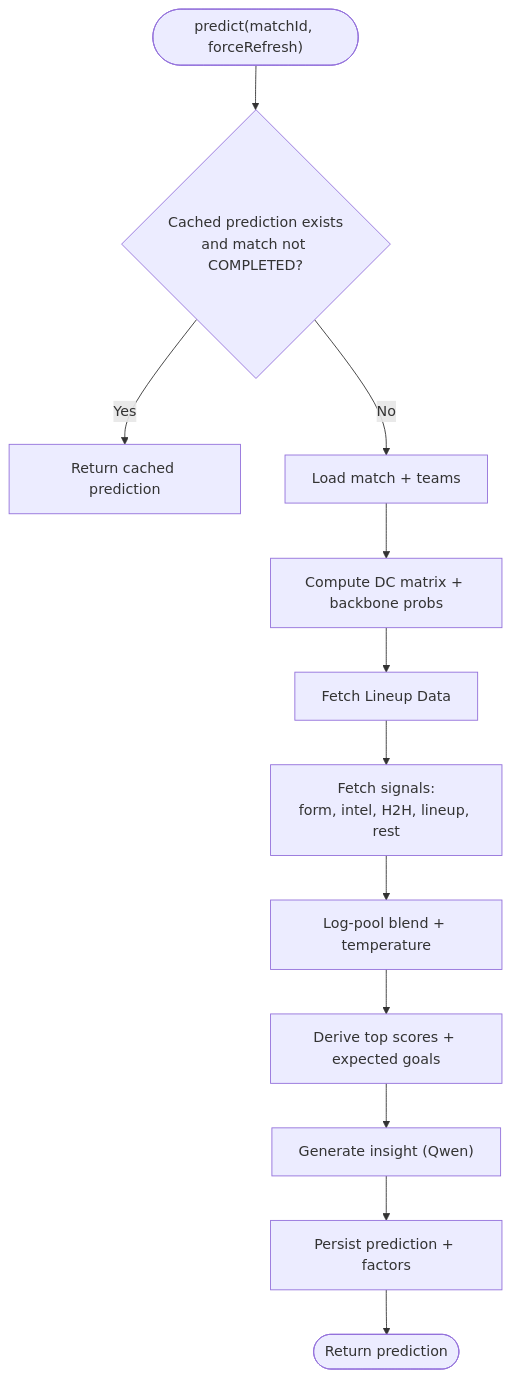
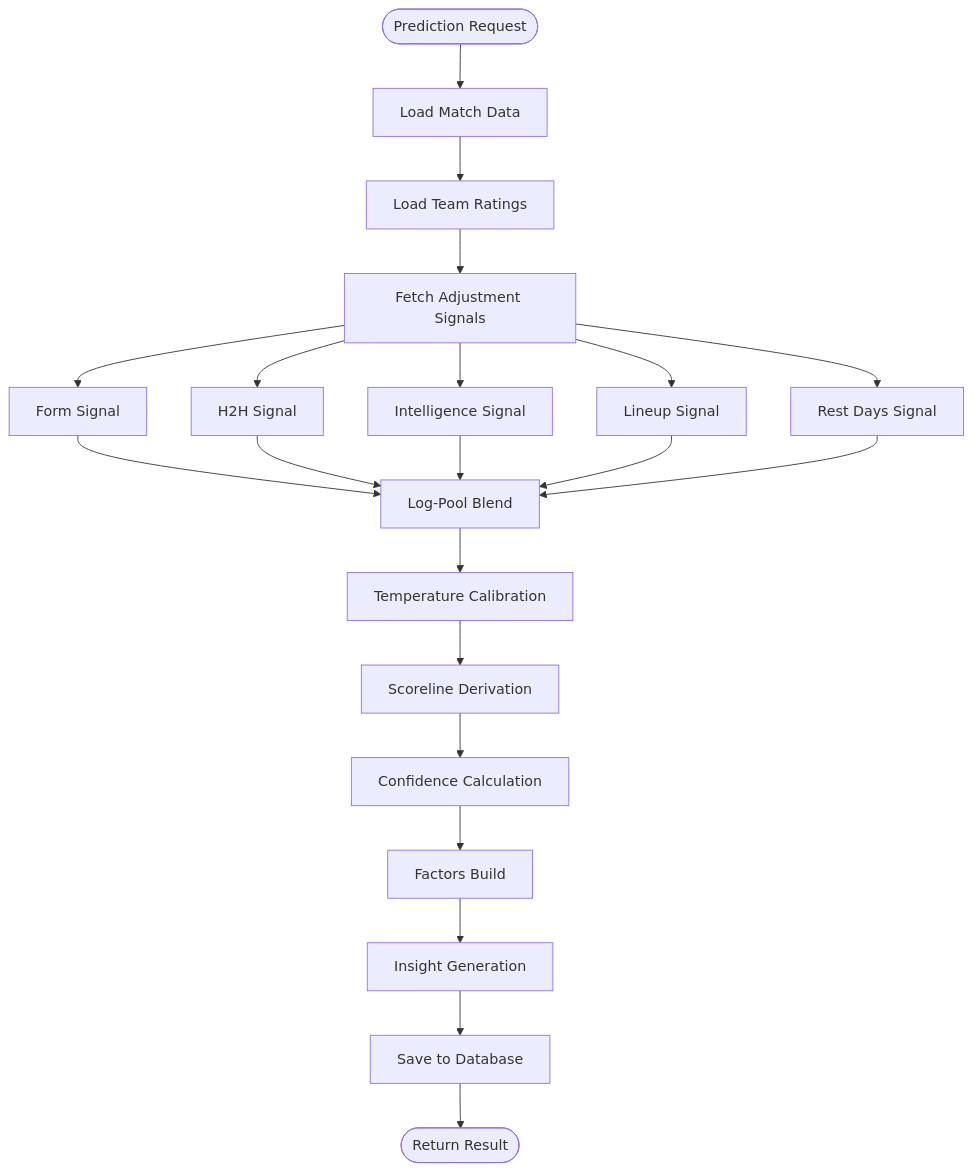
Before and after one commit to cheesiong/WC26-qwen: the third of 10 diagrams in .qoder/repowiki/en/content/System Architecture/Backend Architecture.md, drawn with Mermaid. The commit also changed other lines of this file and 181 other files, not shown here.

````diff
--- a/.qoder/repowiki/en/content/System Architecture/Backend Architecture.md
+++ b/.qoder/repowiki/en/content/System Architecture/Backend Architecture.md
@@ -258,14 +169,23 @@
 ```mermaid
 flowchart TD
-Entry(["predict(matchId, forceRefresh)"]) --> CacheCheck{"Cached prediction exists<br/>and match not COMPLETED?"}
-CacheCheck --> |Yes| ReturnCache["Return cached prediction"]
-CacheCheck --> |No| LoadMatch["Load match + teams"]
-LoadMatch --> BackBone["Compute DC matrix + backbone probs"]
-BackBone --> LineupFetch["Fetch Lineup Data"]
-LineupFetch --> Signals["Fetch signals:<br/>form, intel, H2H, lineup, rest"]
-Signals --> Blend["Log-pool blend + temperature"]
-Blend --> Scorelines["Derive top scores + expected goals"]
-Scorelines --> Insight["Generate insight (Qwen)"]
-Insight --> Persist["Persist prediction + factors"]
-Persist --> Exit(["Return prediction"])
+Start([Prediction Request]) --> LoadMatch["Load Match Data"]
+LoadMatch --> LoadTeams["Load Team Ratings"]
+LoadTeams --> FetchSignals["Fetch Adjustment Signals"]
+FetchSignals --> FormSignal["Form Signal"]
+FetchSignals --> H2HSignal["H2H Signal"]
+FetchSignals --> IntelSignal["Intelligence Signal"]
+FetchSignals --> LineupSignal["Lineup Signal"]
+FetchSignals --> RestSignal["Rest Days Signal"]
+FormSignal --> BlendSignals["Log-Pool Blend"]
+H2HSignal --> BlendSignals
+IntelSignal --> BlendSignals
+LineupSignal --> BlendSignals
+RestSignal --> BlendSignals
+BlendSignals --> TemperatureCalibration["Temperature Calibration"]
+TemperatureCalibration --> ScorelineDerivation["Scoreline Derivation"]
+ScorelineDerivation --> ConfidenceCalc["Confidence Calculation"]
+ConfidenceCalc --> FactorsBuild["Factors Build"]
+FactorsBuild --> InsightGeneration["Insight Generation"]
+InsightGeneration --> SavePrediction["Save to Database"]
+SavePrediction --> End([Return Result])
 ```
````
